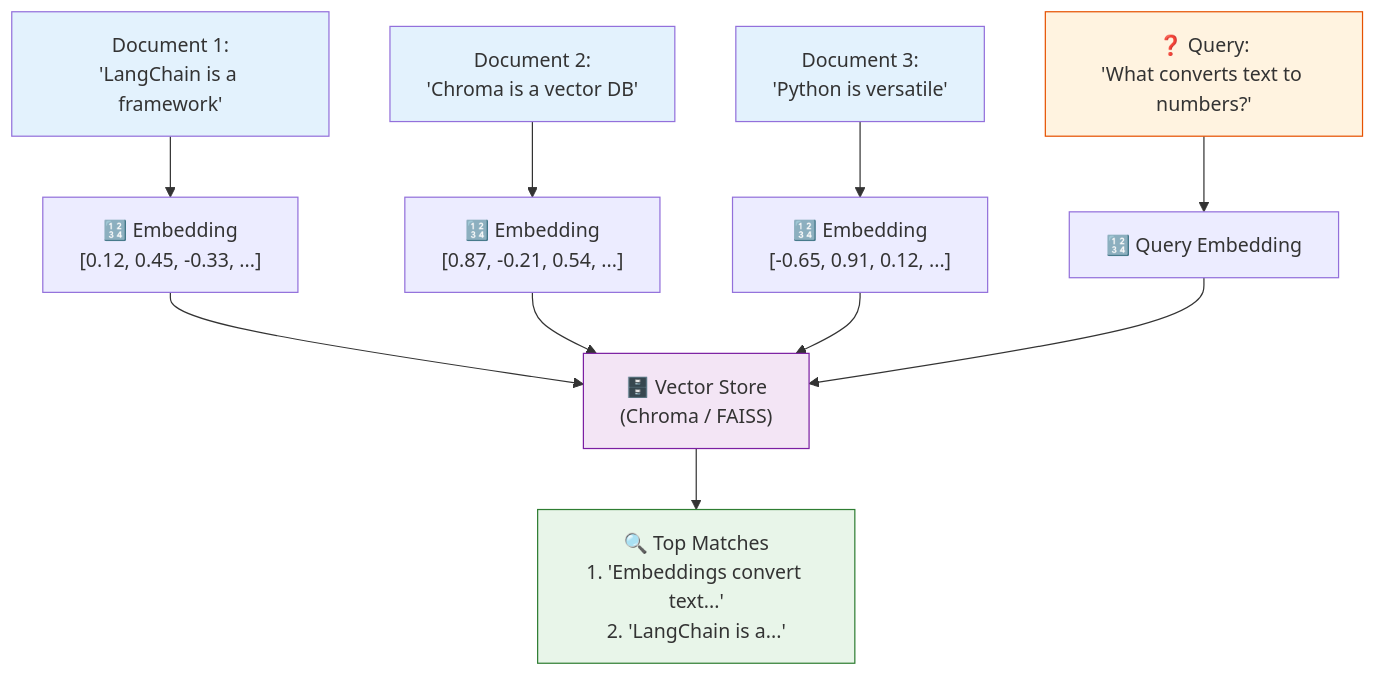
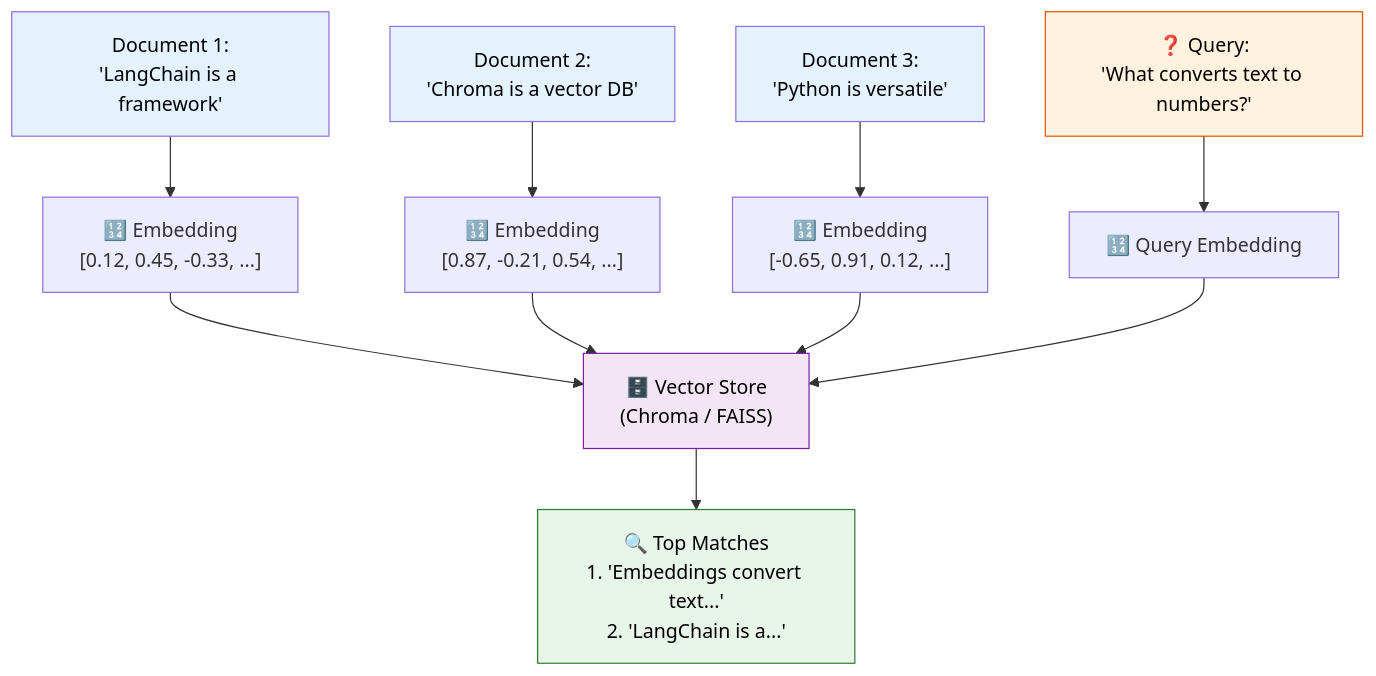
Before and after one commit to remolaan/Agentic-AI-Cookbook: the first of 2 diagrams in 09_vector_stores/README.md, drawn with Mermaid. The commit also changed other lines of this file and 45 other files, not shown here.

Commit message:
Fix Mermaid diagram text colors for readability across all READMEs

````diff
--- a/09_vector_stores/README.md
+++ b/09_vector_stores/README.md
@@ -11,21 +11,21 @@
 ```mermaid
 flowchart TB
     D1["Document 1:<br/>'LangChain is a framework'"] --> E1["🔢 Embedding<br/>[0.12, 0.45, -0.33, ...]"]
     D2["Document 2:<br/>'Chroma is a vector DB'"] --> E2["🔢 Embedding<br/>[0.87, -0.21, 0.54, ...]"]
     D3["Document 3:<br/>'Python is versatile'"] --> E3["🔢 Embedding<br/>[-0.65, 0.91, 0.12, ...]"]
     
     E1 --> VS["🗄️ Vector Store<br/>(Chroma / FAISS)"]
     E2 --> VS
     E3 --> VS
     
     Q["❓ Query:<br/>'What converts text to numbers?'"] --> QE["🔢 Query Embedding"]
     QE --> VS
     VS --> R["🔍 Top Matches<br/>1. 'Embeddings convert text...'<br/>2. 'LangChain is a...'"]
     
-    style D1 fill:#e3f2fd
-    style D2 fill:#e3f2fd
-    style D3 fill:#e3f2fd
-    style VS fill:#f3e5f5,stroke:#7b1fa2
-    style Q fill:#fff3e0,stroke:#e65100
-    style R fill:#e8f5e9,stroke:#2e7d32
+    style D1 fill:#e3f2fd,color:#000000
+    style D2 fill:#e3f2fd,color:#000000
+    style D3 fill:#e3f2fd,color:#000000
+    style VS fill:#f3e5f5,stroke:#7b1fa2,color:#000000
+    style Q fill:#fff3e0,stroke:#e65100,color:#000000
+    style R fill:#e8f5e9,stroke:#2e7d32,color:#000000
 ```
````
